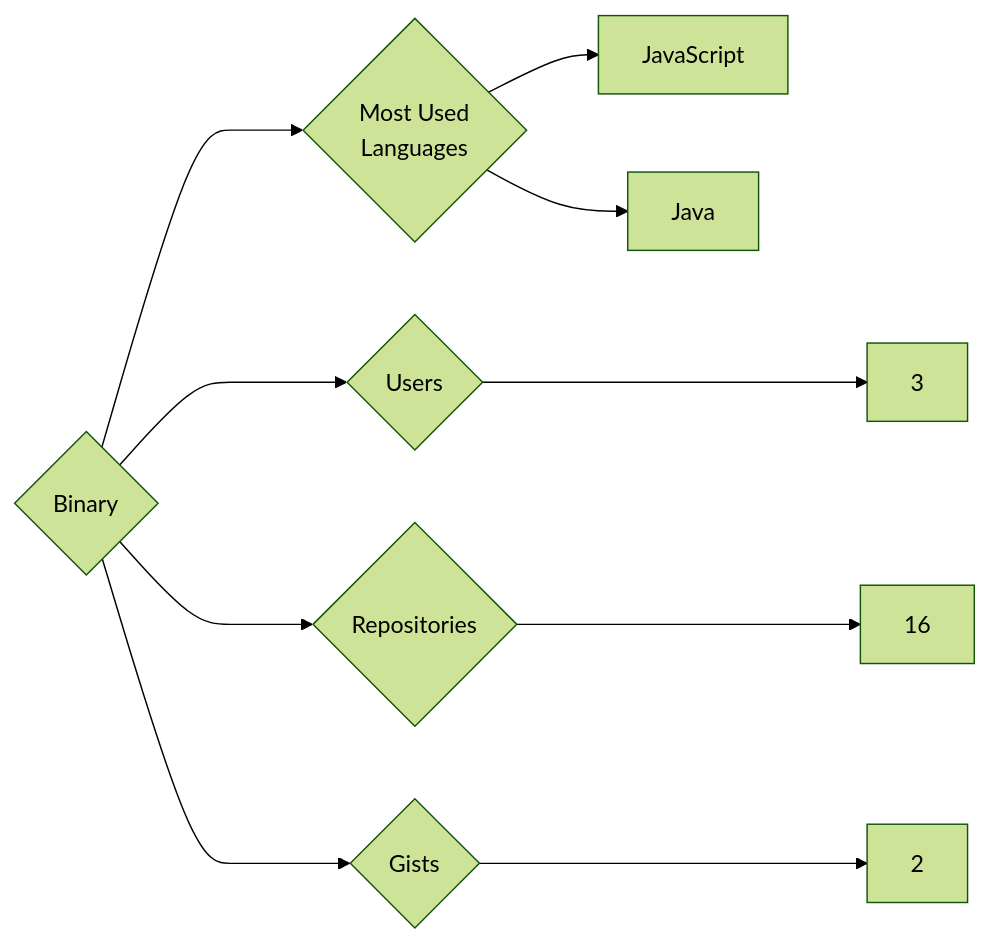
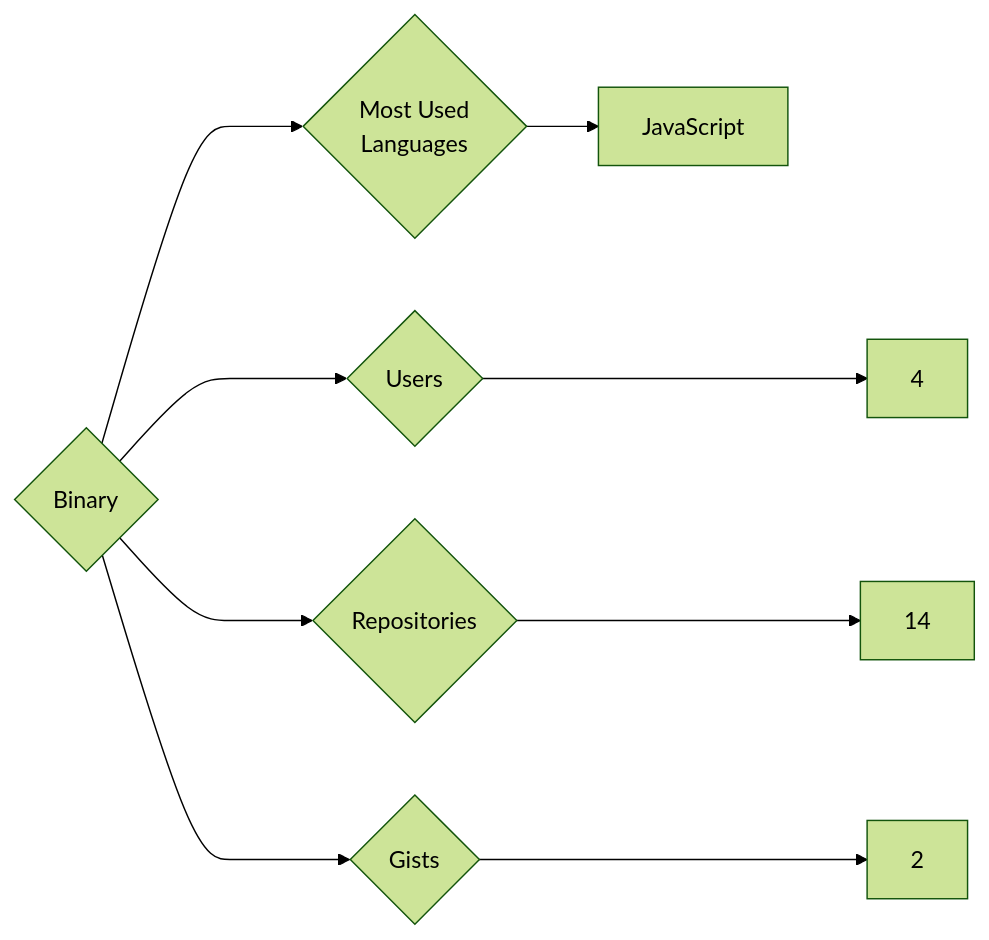
One commit to trickest/insiders changed the diagram in targets/Binary/README.md. Above: the diagram before and after it, drawn with Mermaid (forest theme). The commit also changed 622 other files, not shown here.

````diff
--- a/targets/Binary/README.md
+++ b/targets/Binary/README.md
@@ -3,10 +3,9 @@
 ```mermaid
 graph LR
 COMPANY_NAME{Binary}
-COMPANY_NAME ---> U{Users} ---> UN[3]
-COMPANY_NAME ---> R{Repositories} ---> RN[16]
+COMPANY_NAME ---> U{Users} ---> UN[4]
+COMPANY_NAME ---> R{Repositories} ---> RN[14]
 COMPANY_NAME ---> G{Gists} ---> GN[2]
 COMPANY_NAME ---> ML{Most Used<br>Languages}
 ML --> JavaScript[JavaScript]
-ML --> Java[Java]
 ```
````
